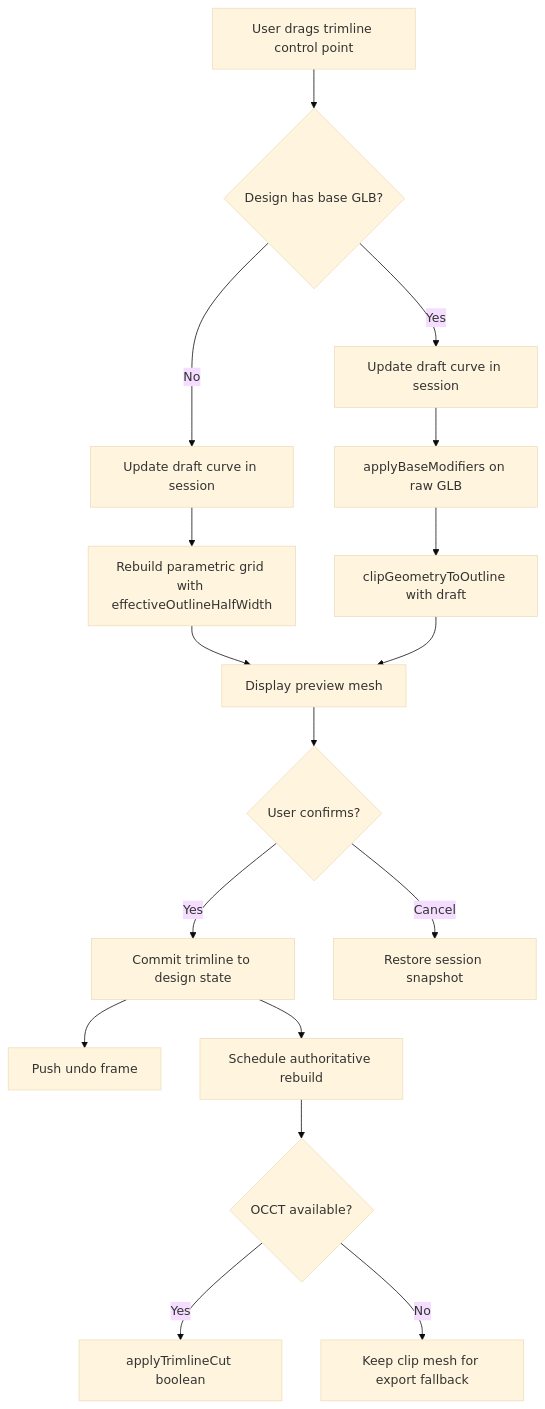
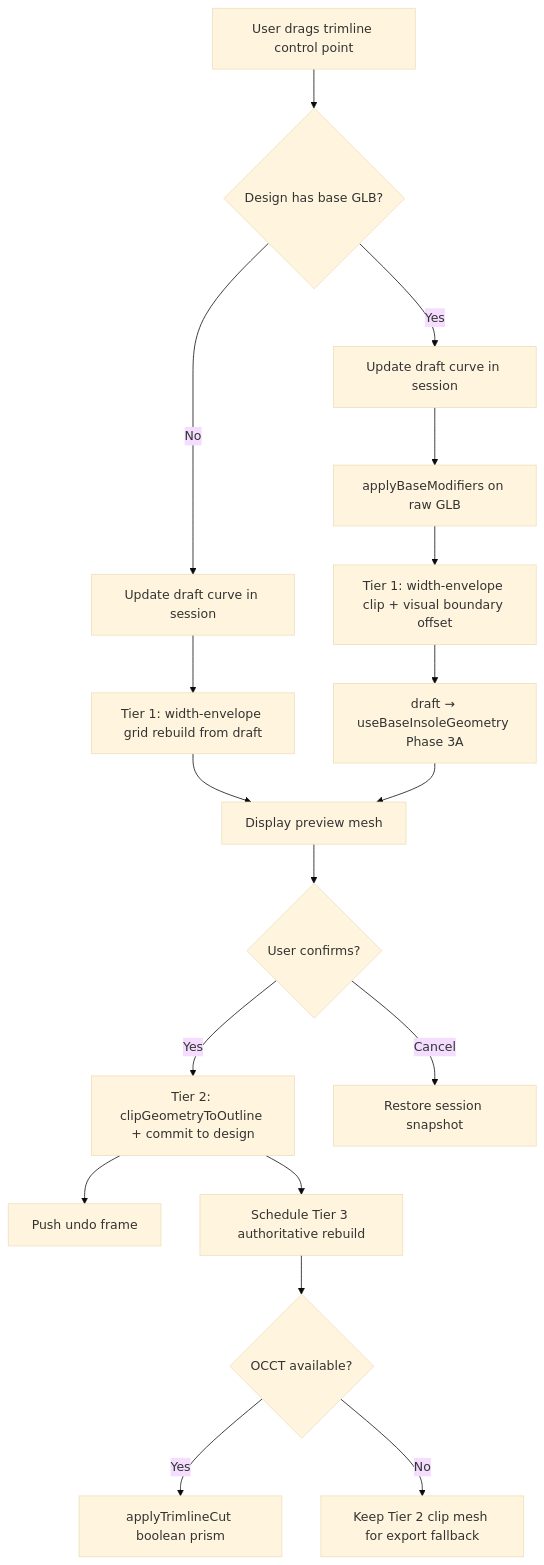
The diagram in vertex/docs/orthotic-insole-cad-architecture.md (kdho77/OrthoCAD-), drawn with Mermaid (base theme) before and after one commit. The commit also changed other lines of this file, not shown here.

First line of the commit message:
📝 docs(vertex): refine orthotic CAD architecture to v2.1

````diff
--- a/vertex/docs/orthotic-insole-cad-architecture.md
+++ b/vertex/docs/orthotic-insole-cad-architecture.md
@@ -298,19 +371,20 @@
 ```mermaid
 flowchart TD
     A[User drags trimline control point] --> B{Design has base GLB?}
     B -->|No| C[Update draft curve in session]
-    C --> D[Rebuild parametric grid with effectiveOutlineHalfWidth]
+    C --> D[Tier 1: width-envelope grid rebuild from draft]
     B -->|Yes| E[Update draft curve in session]
     E --> F[applyBaseModifiers on raw GLB]
-    F --> G[clipGeometryToOutline with draft]
+    F --> G[Tier 1: width-envelope clip + visual boundary offset]
+    G --> G2[draft → useBaseInsoleGeometry Phase 3A]
     D --> H[Display preview mesh]
-    G --> H
+    G2 --> H
     H --> I{User confirms?}
-    I -->|Yes| J[Commit trimline to design state]
+    I -->|Yes| J[Tier 2: clipGeometryToOutline + commit to design]
     I -->|Cancel| K[Restore session snapshot]
     J --> L[Push undo frame]
-    J --> M[Schedule authoritative rebuild]
+    J --> M[Schedule Tier 3 authoritative rebuild]
     M --> N{OCCT available?}
-    N -->|Yes| O[applyTrimlineCut boolean]
-    N -->|No| P[Keep clip mesh for export fallback]
+    N -->|Yes| O[applyTrimlineCut boolean prism]
+    N -->|No| P[Keep Tier 2 clip mesh for export fallback]
 ```
````
